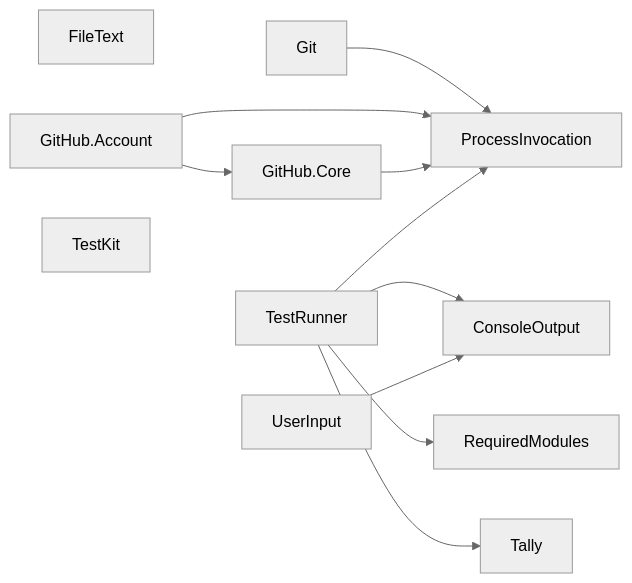
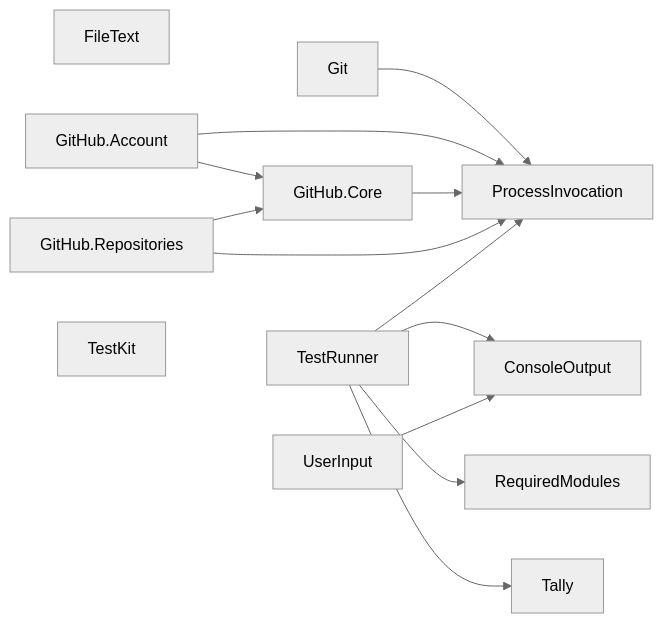
Before and after one commit to TaffarelJr/powershell-modules: the diagram in README.md, drawn with Mermaid (neutral theme). The commit also changed other lines of this file and 39 other files, not shown here.

First line of the commit message:
feat: add the TaffarelJr.GitHub.Repositories module

````diff
--- a/README.md
+++ b/README.md
@@ -34,24 +35,27 @@
 ```mermaid
 graph LR
     ConsoleOutput["ConsoleOutput"]
     FileText["FileText"]
     Git["Git"]
     GitHubAccount["GitHub.Account"]
     GitHubCore["GitHub.Core"]
+    GitHubRepositories["GitHub.Repositories"]
     ProcessInvocation["ProcessInvocation"]
     RequiredModules["RequiredModules"]
     Tally["Tally"]
     TestKit["TestKit"]
     TestRunner["TestRunner"]
     UserInput["UserInput"]
 
     Git --> ProcessInvocation
     GitHubAccount --> GitHubCore
     GitHubAccount --> ProcessInvocation
     GitHubCore --> ProcessInvocation
+    GitHubRepositories --> GitHubCore
+    GitHubRepositories --> ProcessInvocation
     TestRunner --> ConsoleOutput
     TestRunner --> ProcessInvocation
     TestRunner --> RequiredModules
     TestRunner --> Tally
     UserInput --> ConsoleOutput
 ```
````
